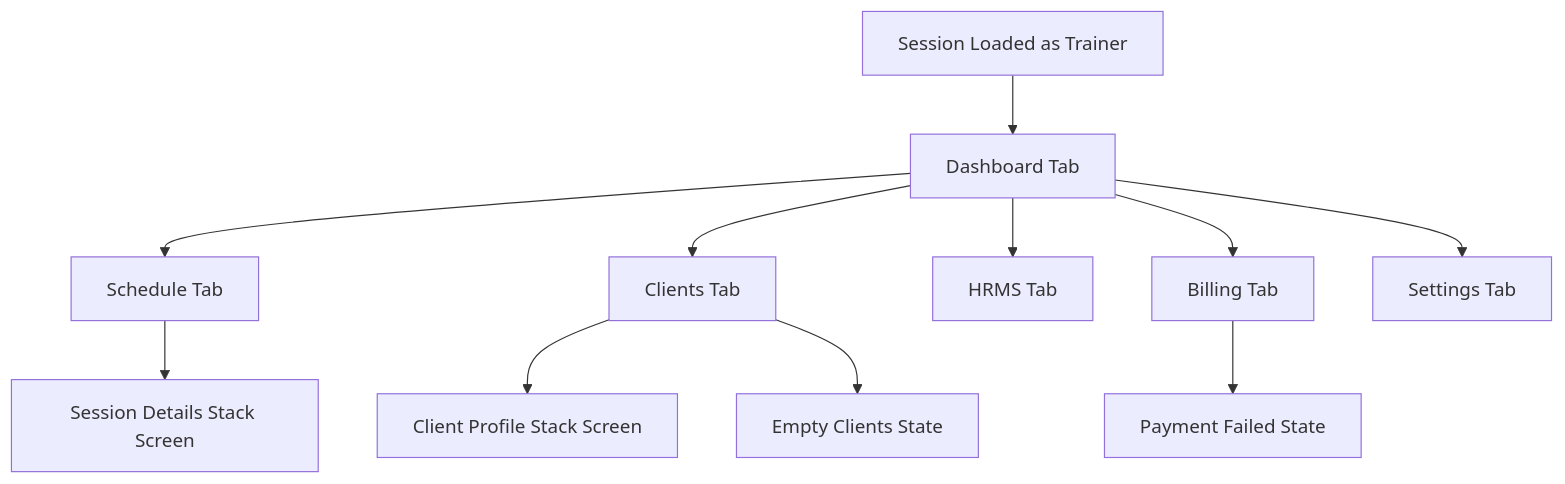
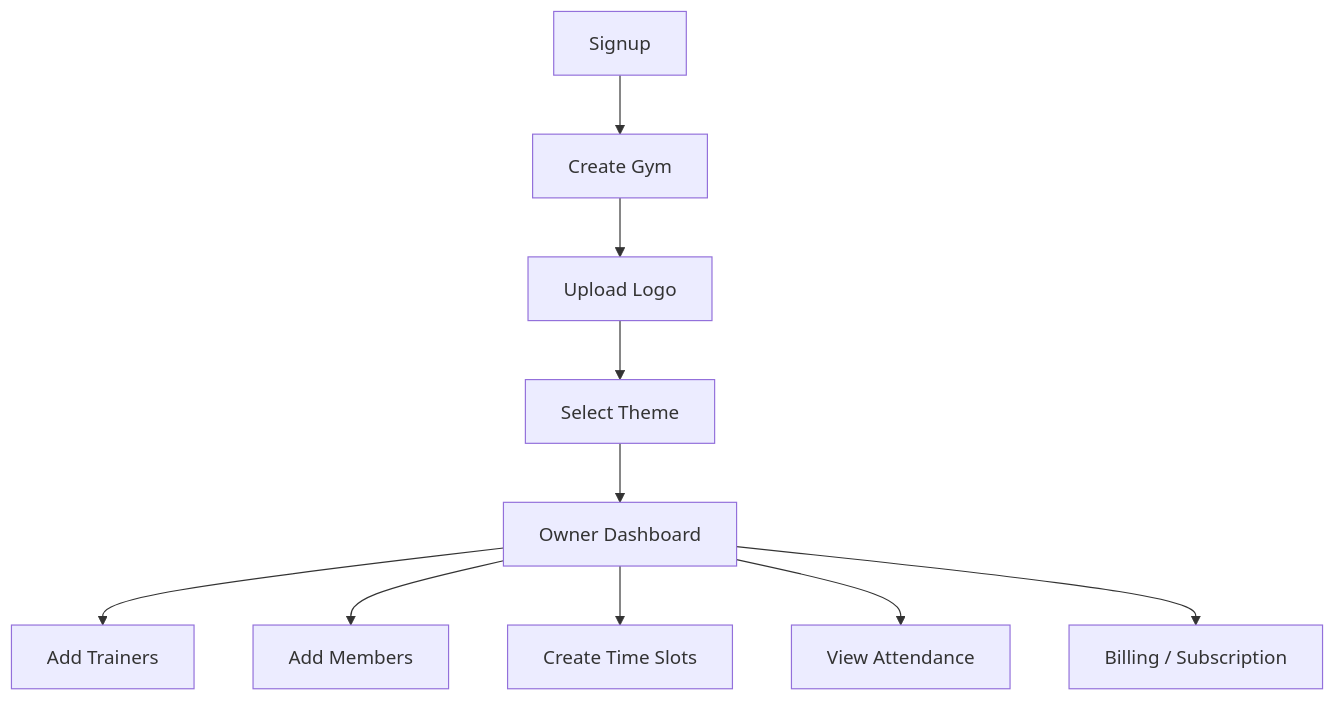
Before and after one commit to atharshah1/gimios: the second of 5 diagrams in frontend/mobile-app/SCREEN_FLOW.md, drawn with Mermaid. The commit also changed other lines of this file and 16 other files, not shown here.

Commit message:
Add gym owner flow and connect owner-trainer-member attendance pipeline

````diff
--- a/frontend/mobile-app/SCREEN_FLOW.md
+++ b/frontend/mobile-app/SCREEN_FLOW.md
@@ -41,15 +23,13 @@
 ```mermaid
 flowchart TD
-    TL[Session Loaded as Trainer] --> TD[Dashboard Tab]
-    TD --> SCH[Schedule Tab]
-    TD --> CL[Clients Tab]
-    TD --> HR[HRMS Tab]
-    TD --> BI[Billing Tab]
-    TD --> ST[Settings Tab]
+    SU[Signup] --> CG[Create Gym]
+    CG --> LU[Upload Logo]
+    LU --> ST[Select Theme]
+    ST --> OD[Owner Dashboard]
 
-    SCH --> SD[Session Details Stack Screen]
-    CL --> CP[Client Profile Stack Screen]
-
-    BI --> PF[Payment Failed State]
-    CL --> EC[Empty Clients State]
+    OD --> AT[Add Trainers]
+    OD --> AM[Add Members]
+    OD --> CS[Create Time Slots]
+    OD --> VA[View Attendance]
+    OD --> BI[Billing / Subscription]
 ```
````
